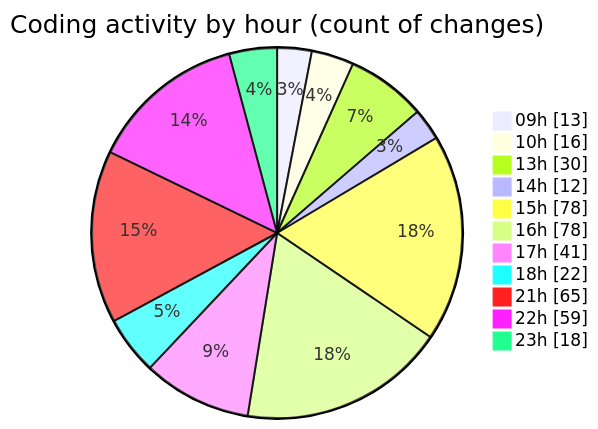
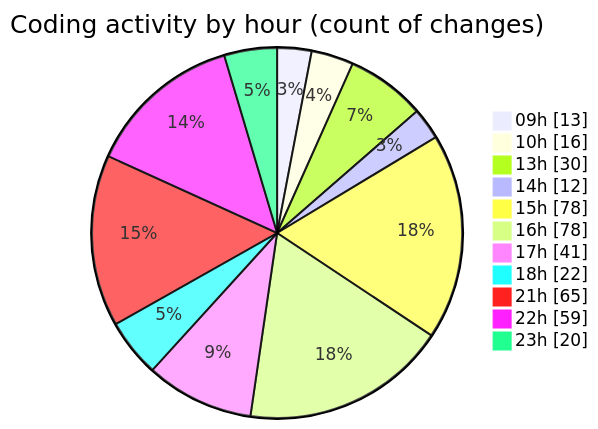
The second of 2 diagrams in 2025-03-31/cda/README.md (momahboobian/code-tracking), drawn with Mermaid before and after one commit. The commit also changed other lines of this file and 1 other file, not shown here.

````diff
--- a/2025-03-31/cda/README.md
+++ b/2025-03-31/cda/README.md
@@ -50,15 +50,15 @@
 ```mermaid
 pie showData
 title Coding activity by hour (count of changes)
 "09h" : 13
 "10h" : 16
 "13h" : 30
 "14h" : 12
 "15h" : 78
 "16h" : 78
 "17h" : 41
 "18h" : 22
 "21h" : 65
 "22h" : 59
-"23h" : 18
+"23h" : 20
 ```
````
